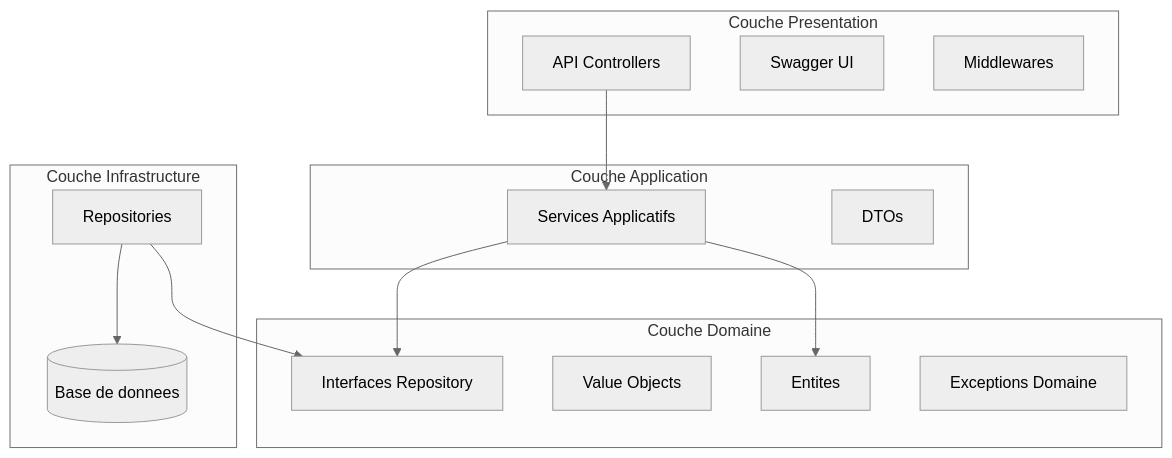
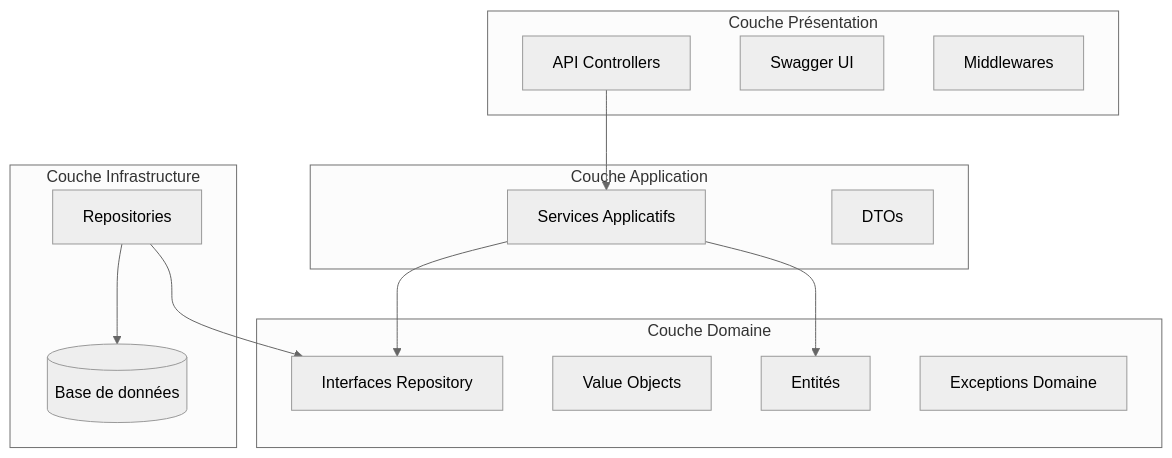
The first of 5 diagrams in docs/architecture.md (HugoRytlewski/AdvancedDevSampleFinal), drawn with Mermaid (neutral theme) before and after one commit. The commit also changed other lines of this file and 7 other files, not shown here.

````diff
--- a/docs/architecture.md
+++ b/docs/architecture.md
@@ -9,31 +9,31 @@
 ```mermaid
 graph TB
-    subgraph Presentation["Couche Presentation"]
+    subgraph Presentation["Couche Présentation"]
         API[API Controllers]
         Swagger[Swagger UI]
         Middleware[Middlewares]
     end
     
     subgraph Application["Couche Application"]
         Services[Services Applicatifs]
         DTOs[DTOs]
     end
     
     subgraph Domain["Couche Domaine"]
-        Entities[Entites]
+        Entities[Entités]
         ValueObjects[Value Objects]
         Interfaces[Interfaces Repository]
         DomainExceptions[Exceptions Domaine]
     end
     
     subgraph Infrastructure["Couche Infrastructure"]
         Repositories[Repositories]
-        Database[(Base de donnees)]
+        Database[(Base de données)]
     end
     
     API --> Services
     Services --> Entities
     Services --> Interfaces
     Repositories --> Interfaces
     Repositories --> Database
 ```
````
